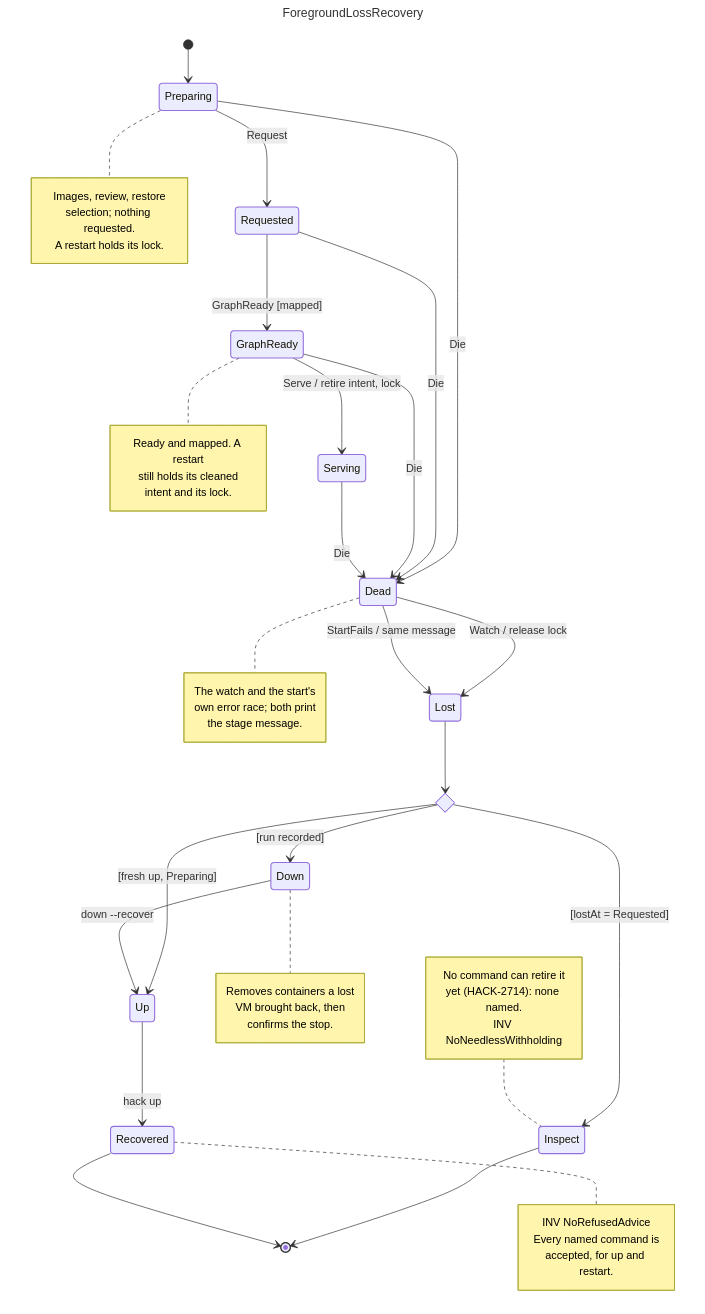
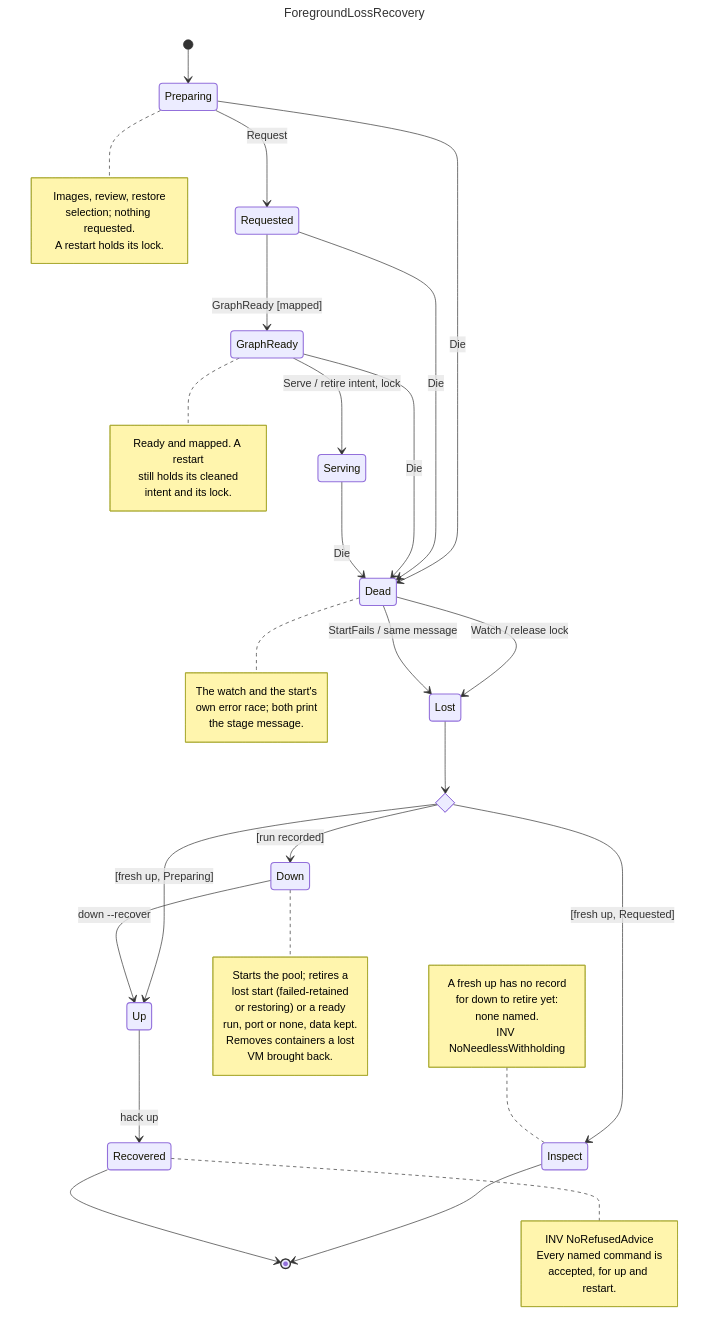
Before and after one commit to hack-dance/hack: the diagram in docs/diagrams/foreground-loss-recovery.mmd, drawn with Mermaid. The commit also changed 38 other files, not shown here.

First line of the commit message:
fix(native): recover a run whose VM died, for any shape and stage (HACK-2711, HACK-2714, HACK-2719) (#1273)

```diff
--- a/docs/diagrams/foreground-loss-recovery.mmd
+++ b/docs/diagrams/foreground-loss-recovery.mmd
@@ -1,67 +1,71 @@
 ---
 title: ForegroundLossRecovery
 ---
 stateDiagram-v2
   direction TB
   [*] --> Preparing
   Preparing --> Requested : Request
   Requested --> GraphReady : GraphReady [mapped]
   GraphReady --> Serving : Serve / retire intent, lock
   Preparing --> Dead : Die
   Requested --> Dead : Die
   GraphReady --> Dead : Die
   Serving --> Dead : Die
   Dead --> Lost : Watch / release lock
   Dead --> Lost : StartFails / same message
   state advice <<choice>>
   Lost --> advice
-  advice --> Inspect : [lostAt = Requested]
+  advice --> Inspect : [fresh up, Requested]
   advice --> Down : [run recorded]
   advice --> Up : [fresh up, Preparing]
   Down --> Up : down --recover
   Up --> Recovered : hack up
   Inspect --> [*]
   Recovered --> [*]
 
   note right of Preparing
     Images, review, restore
     selection; nothing requested.
     A restart holds its lock.
   end note
   note right of GraphReady
     Ready and mapped. A restart
     still holds its cleaned
     intent and its lock.
   end note
   note right of Dead
     The watch and the start's
     own error race; both print
     the stage message.
   end note
   note left of Inspect
-    No command can retire it
-    yet (HACK-2714): none named.
+    A fresh up has no record
+    for down to retire yet:
+    none named.
     INV NoNeedlessWithholding
   end note
   note right of Down
+    Starts the pool; retires a
+    lost start (failed-retained
+    or restoring) or a ready
+    run, port or none, data kept.
     Removes containers a lost
-    VM brought back, then
-    confirms the stop.
+    VM brought back.
   end note
   note right of Recovered
     INV NoRefusedAdvice
     Every named command is
     accepted, for up and restart.
   end note
 
   classDef live stroke-width:1.6px
   classDef wait stroke-width:1.6px
   classDef ok stroke-width:1.6px
   classDef fail stroke-width:1.6px
   classDef idle stroke-width:1.6px
   class Preparing,Requested,GraphReady wait
   class Serving live
   class Dead,Lost fail
   class Down,Up wait
   class Recovered ok
   class Inspect idle
```
